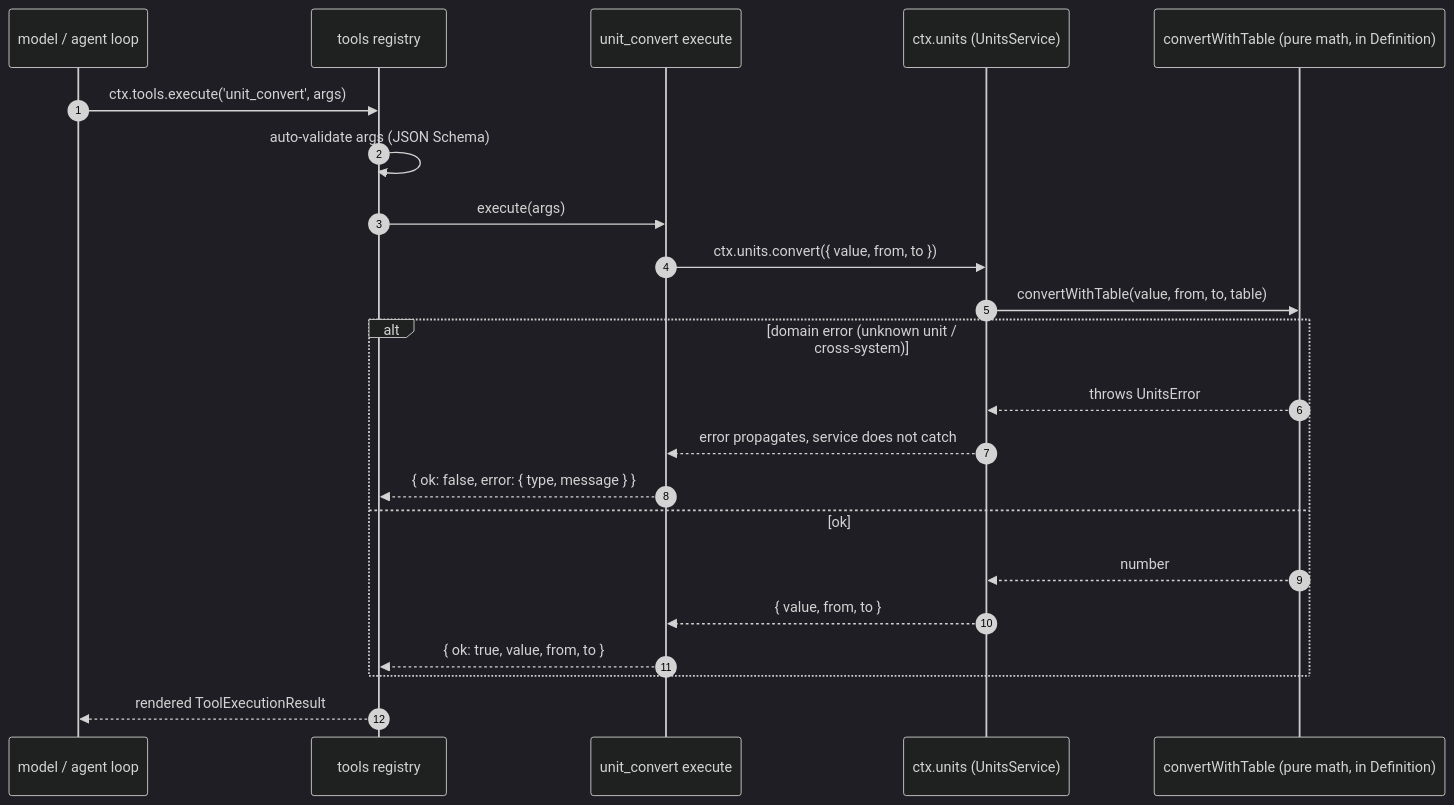
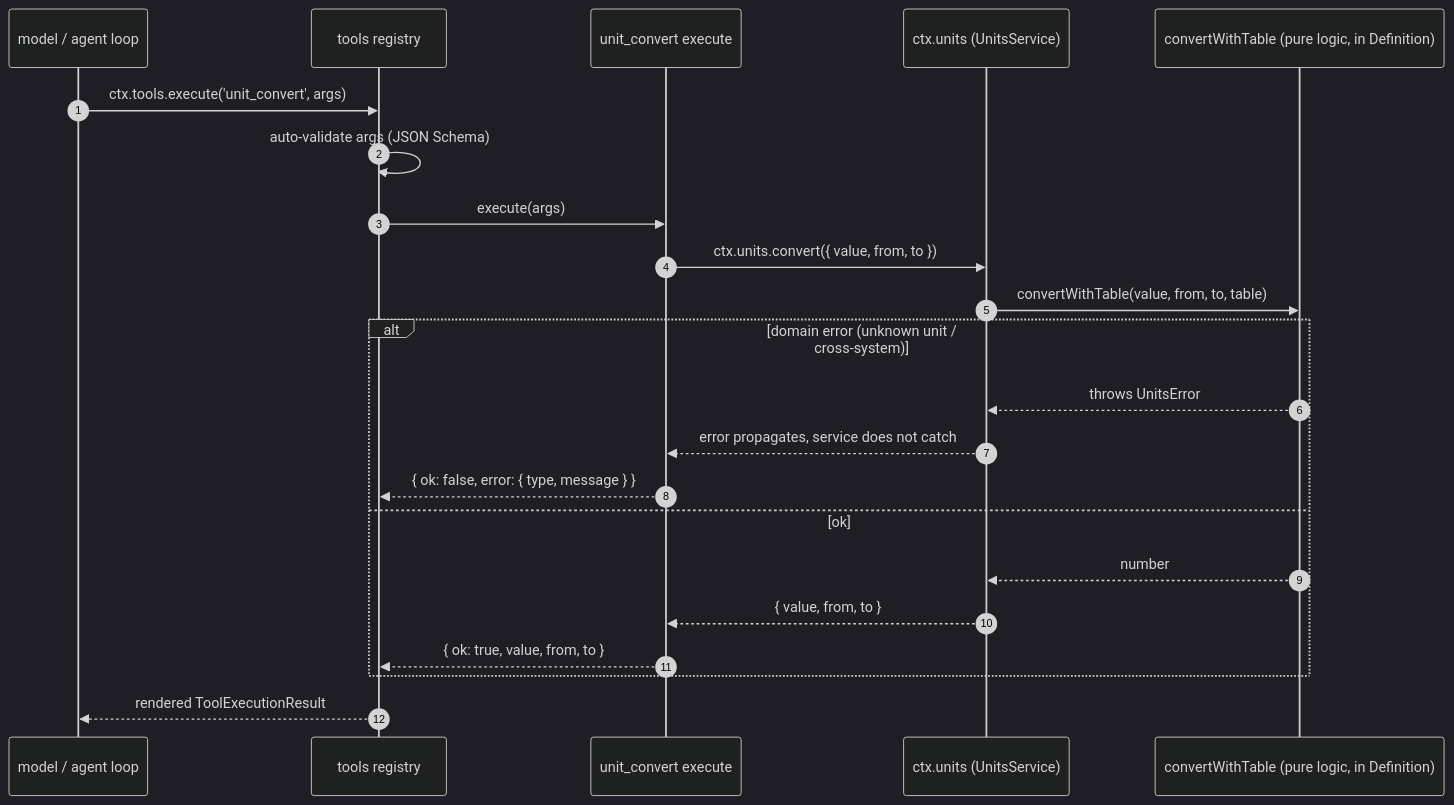
One commit to smileonroad/xzz_dsh_plugin changed the second of 2 diagrams in examples/units-capability/README.md. Above: the diagram before and after it, drawn with Mermaid (dark theme). The commit also changed other lines of this file and 3 other files, not shown here.

Commit message:
docs: sweep remaining 'math'/'数学' to 'logic'/'逻辑' in units-capability note and READMEs (EN/ZH), fix stray 缝 and seam spacing

````diff
--- a/examples/units-capability/README.md
+++ b/examples/units-capability/README.md
@@ -136,25 +136,25 @@
 ```mermaid
 sequenceDiagram
     autonumber
     participant M as model / agent loop
     participant R as tools registry
     participant T as unit_convert execute
     participant U as ctx.units (UnitsService)
-    participant D as convertWithTable (pure math, in Definition)
+    participant D as convertWithTable (pure logic, in Definition)
 
     M->>R: ctx.tools.execute('unit_convert', args)
     R->>R: auto-validate args (JSON Schema)
     R->>T: execute(args)
     T->>U: ctx.units.convert({ value, from, to })
     U->>D: convertWithTable(value, from, to, table)
     alt domain error (unknown unit / cross-system)
         D-->>U: throws UnitsError
         U-->>T: error propagates, service does not catch
         T-->>R: { ok: false, error: { type, message } }
     else ok
         D-->>U: number
         U-->>T: { value, from, to }
         T-->>R: { ok: true, value, from, to }
     end
     R-->>M: rendered ToolExecutionResult
 ```
````
